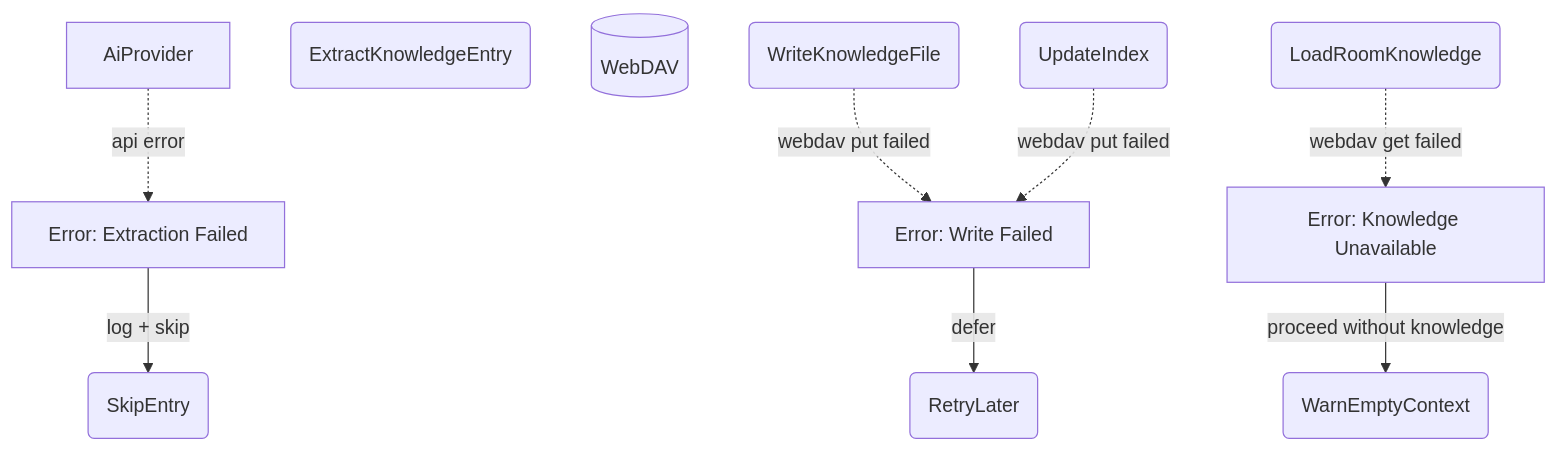
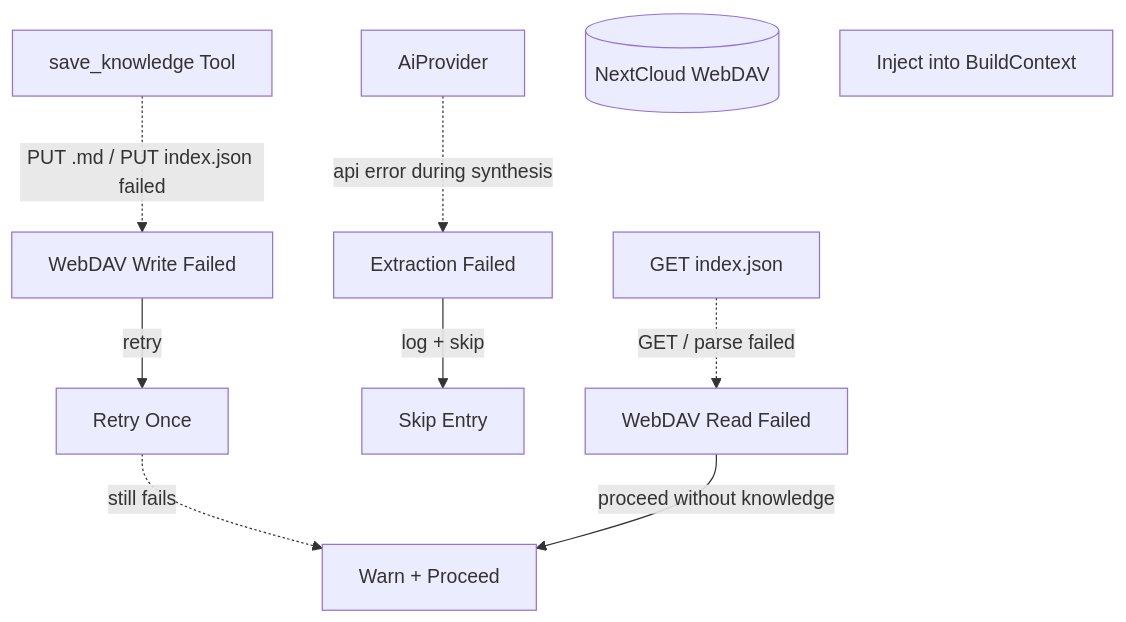
One commit to cosmoswafer/rockbot changed the third of 5 diagrams in _dfds/base/knowledge.md. Above: the diagram before and after it, drawn with Mermaid. The commit also changed other lines of this file, not shown here.

First line of the commit message:
dfd: revise knowledge DFD with skill/secret/note categories and index.json retrieval

````diff
--- a/_dfds/base/knowledge.md
+++ b/_dfds/base/knowledge.md
@@ -69,23 +105,22 @@
 ```mermaid
 flowchart TD
     AI[AiProvider]
-    EXTRACT(ExtractKnowledgeEntry)
-    DAV[(WebDAV)]
-    WRITE(WriteKnowledgeFile)
-    UPDATE(UpdateIndex)
-    LOAD(LoadRoomKnowledge)
-    ERR_EXTRACT[Error: Extraction Failed]
-    ERR_WRITE[Error: Write Failed]
-    ERR_LOAD[Error: Knowledge Unavailable]
-    SKIP(SkipEntry)
-    RETRY(RetryLater)
-    WARN(WarnEmptyContext)
+    TOOL[save_knowledge Tool]
+    DAV[(NextCloud WebDAV)]
+    GET_IDX[GET index.json]
+    INJECT[Inject into BuildContext]
+    ERR_EXTRACT[Extraction Failed]
+    ERR_WRITE[WebDAV Write Failed]
+    ERR_LOAD[WebDAV Read Failed]
+    SKIP[Skip Entry]
+    WARN[Warn + Proceed]
+    RETRY[Retry Once]
 
-    AI -.->|"api error"| ERR_EXTRACT
+    AI -.->|"api error during synthesis"| ERR_EXTRACT
     ERR_EXTRACT -->|"log + skip"| SKIP
-    WRITE -.->|"webdav put failed"| ERR_WRITE
-    ERR_WRITE -->|"defer"| RETRY
-    UPDATE -.->|"webdav put failed"| ERR_WRITE
-    LOAD -.->|"webdav get failed"| ERR_LOAD
+    TOOL -.->|"PUT .md / PUT index.json failed"| ERR_WRITE
+    ERR_WRITE -->|"retry"| RETRY
+    RETRY -.->|"still fails"| WARN
+    GET_IDX -.->|"GET / parse failed"| ERR_LOAD
     ERR_LOAD -->|"proceed without knowledge"| WARN
 ```
````
